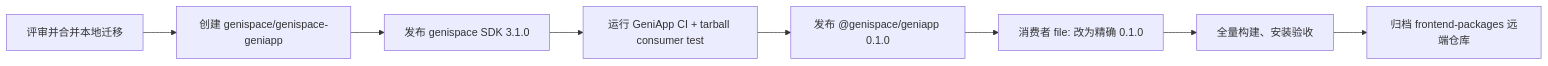
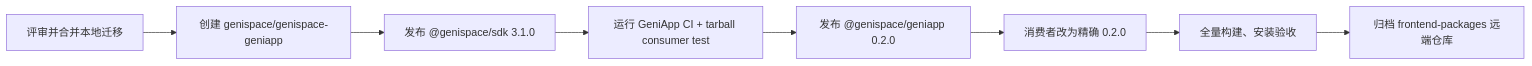
Before and after one commit to genispace/genispace-geniapp: the fourth of 4 diagrams in docs/ARCHITECTURE_AND_MIGRATION.md, drawn with Mermaid. The commit also changed other lines of this file and 8 other files, not shown here.

Commit message:
feat: migrate GeniApp to @genispace/sdk

````diff
--- a/docs/ARCHITECTURE_AND_MIGRATION.md
+++ b/docs/ARCHITECTURE_AND_MIGRATION.md
@@ -285,10 +285,10 @@
 ```mermaid
 flowchart LR
   A["评审并合并本地迁移"] --> B["创建 genispace/genispace-geniapp"]
-  B --> C["发布 genispace SDK 3.1.0"]
+  B --> C["发布 @genispace/sdk 3.1.0"]
   C --> D["运行 GeniApp CI + tarball consumer test"]
-  D --> E["发布 @genispace/geniapp 0.1.0"]
-  E --> F["消费者 file: 改为精确 0.1.0"]
+  D --> E["发布 @genispace/geniapp 0.2.0"]
+  E --> F["消费者改为精确 0.2.0"]
   F --> G["全量构建、安装验收"]
   G --> H["归档 frontend-packages 远端仓库"]
 ```
````
